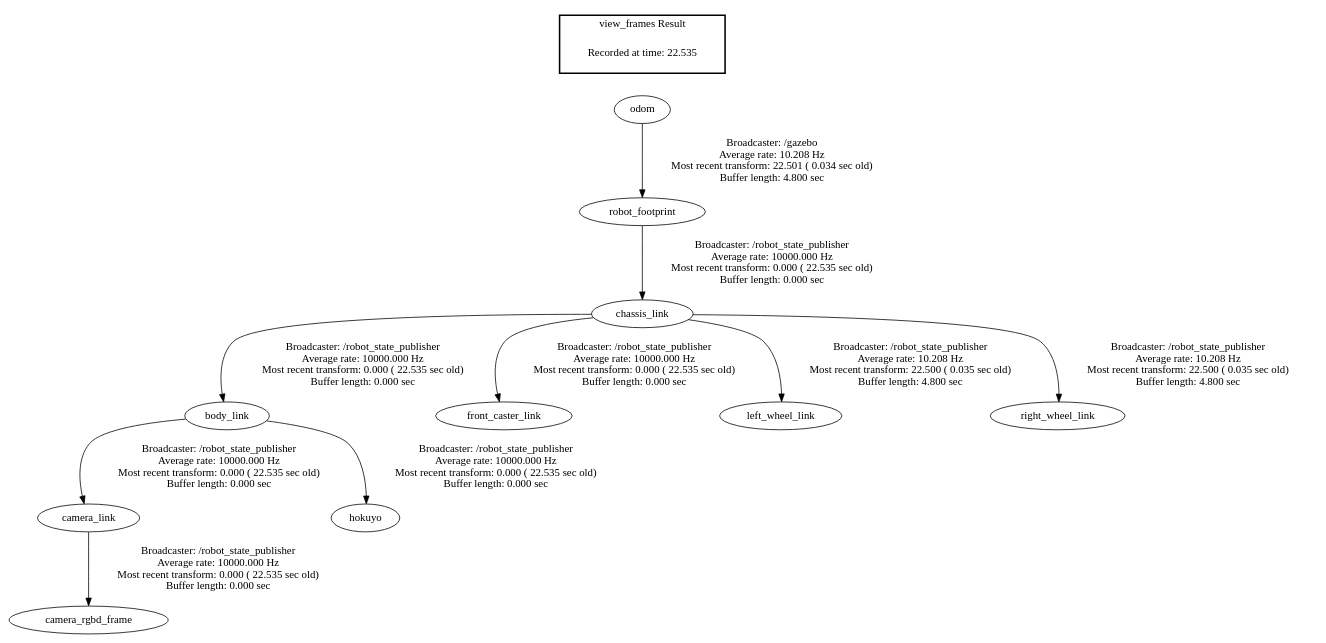
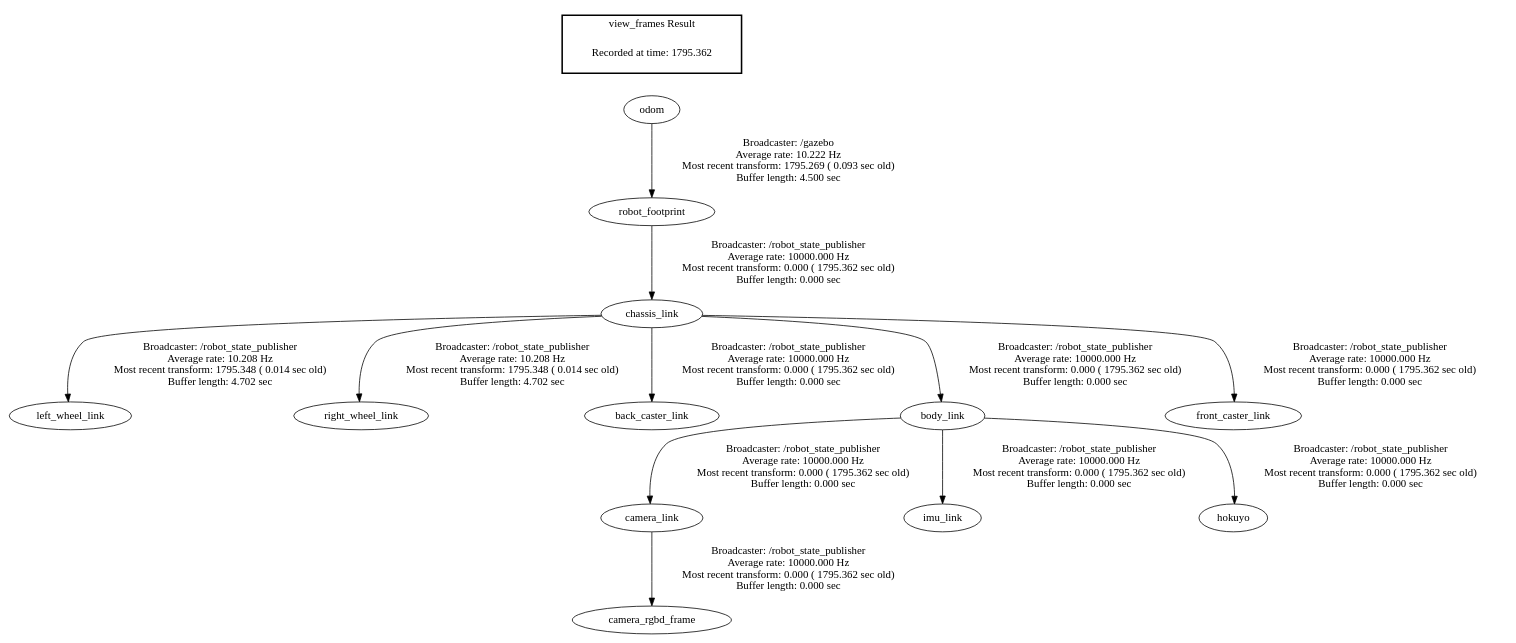
One commit to mahulo2009/RoboND-Map-Project changed the diagram in docs/frames.gv. Above: the diagram before and after it, drawn with Graphviz. The commit also changed 14 other files, not shown here.

```diff
--- a/docs/frames.gv
+++ b/docs/frames.gv
@@ -1,15 +1,17 @@
 digraph G {
-"chassis_link" -> "body_link"[label="Broadcaster: /robot_state_publisher\nAverage rate: 10000.000 Hz\nMost recent transform: 0.000 ( 22.535 sec old)\nBuffer length: 0.000 sec\n"];
-"robot_footprint" -> "chassis_link"[label="Broadcaster: /robot_state_publisher\nAverage rate: 10000.000 Hz\nMost recent transform: 0.000 ( 22.535 sec old)\nBuffer length: 0.000 sec\n"];
-"body_link" -> "camera_link"[label="Broadcaster: /robot_state_publisher\nAverage rate: 10000.000 Hz\nMost recent transform: 0.000 ( 22.535 sec old)\nBuffer length: 0.000 sec\n"];
-"camera_link" -> "camera_rgbd_frame"[label="Broadcaster: /robot_state_publisher\nAverage rate: 10000.000 Hz\nMost recent transform: 0.000 ( 22.535 sec old)\nBuffer length: 0.000 sec\n"];
-"chassis_link" -> "front_caster_link"[label="Broadcaster: /robot_state_publisher\nAverage rate: 10000.000 Hz\nMost recent transform: 0.000 ( 22.535 sec old)\nBuffer length: 0.000 sec\n"];
-"body_link" -> "hokuyo"[label="Broadcaster: /robot_state_publisher\nAverage rate: 10000.000 Hz\nMost recent transform: 0.000 ( 22.535 sec old)\nBuffer length: 0.000 sec\n"];
-"odom" -> "robot_footprint"[label="Broadcaster: /gazebo\nAverage rate: 10.208 Hz\nMost recent transform: 22.501 ( 0.034 sec old)\nBuffer length: 4.800 sec\n"];
-"chassis_link" -> "left_wheel_link"[label="Broadcaster: /robot_state_publisher\nAverage rate: 10.208 Hz\nMost recent transform: 22.500 ( 0.035 sec old)\nBuffer length: 4.800 sec\n"];
-"chassis_link" -> "right_wheel_link"[label="Broadcaster: /robot_state_publisher\nAverage rate: 10.208 Hz\nMost recent transform: 22.500 ( 0.035 sec old)\nBuffer length: 4.800 sec\n"];
+"chassis_link" -> "left_wheel_link"[label="Broadcaster: /robot_state_publisher\nAverage rate: 10.208 Hz\nMost recent transform: 1795.348 ( 0.014 sec old)\nBuffer length: 4.702 sec\n"];
+"robot_footprint" -> "chassis_link"[label="Broadcaster: /robot_state_publisher\nAverage rate: 10000.000 Hz\nMost recent transform: 0.000 ( 1795.362 sec old)\nBuffer length: 0.000 sec\n"];
+"chassis_link" -> "right_wheel_link"[label="Broadcaster: /robot_state_publisher\nAverage rate: 10.208 Hz\nMost recent transform: 1795.348 ( 0.014 sec old)\nBuffer length: 4.702 sec\n"];
+"chassis_link" -> "back_caster_link"[label="Broadcaster: /robot_state_publisher\nAverage rate: 10000.000 Hz\nMost recent transform: 0.000 ( 1795.362 sec old)\nBuffer length: 0.000 sec\n"];
+"chassis_link" -> "body_link"[label="Broadcaster: /robot_state_publisher\nAverage rate: 10000.000 Hz\nMost recent transform: 0.000 ( 1795.362 sec old)\nBuffer length: 0.000 sec\n"];
+"body_link" -> "camera_link"[label="Broadcaster: /robot_state_publisher\nAverage rate: 10000.000 Hz\nMost recent transform: 0.000 ( 1795.362 sec old)\nBuffer length: 0.000 sec\n"];
+"camera_link" -> "camera_rgbd_frame"[label="Broadcaster: /robot_state_publisher\nAverage rate: 10000.000 Hz\nMost recent transform: 0.000 ( 1795.362 sec old)\nBuffer length: 0.000 sec\n"];
+"chassis_link" -> "front_caster_link"[label="Broadcaster: /robot_state_publisher\nAverage rate: 10000.000 Hz\nMost recent transform: 0.000 ( 1795.362 sec old)\nBuffer length: 0.000 sec\n"];
+"body_link" -> "imu_link"[label="Broadcaster: /robot_state_publisher\nAverage rate: 10000.000 Hz\nMost recent transform: 0.000 ( 1795.362 sec old)\nBuffer length: 0.000 sec\n"];
+"body_link" -> "hokuyo"[label="Broadcaster: /robot_state_publisher\nAverage rate: 10000.000 Hz\nMost recent transform: 0.000 ( 1795.362 sec old)\nBuffer length: 0.000 sec\n"];
+"odom" -> "robot_footprint"[label="Broadcaster: /gazebo\nAverage rate: 10.222 Hz\nMost recent transform: 1795.269 ( 0.093 sec old)\nBuffer length: 4.500 sec\n"];
 edge [style=invis];
  subgraph cluster_legend { style=bold; color=black; label ="view_frames Result";
-"Recorded at time: 22.535"[ shape=plaintext ] ;
+"Recorded at time: 1795.362"[ shape=plaintext ] ;
  }->"odom";
 }
```
